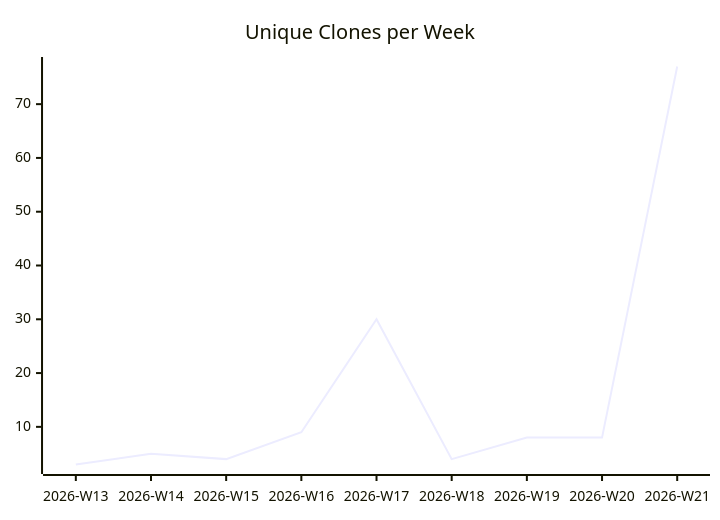
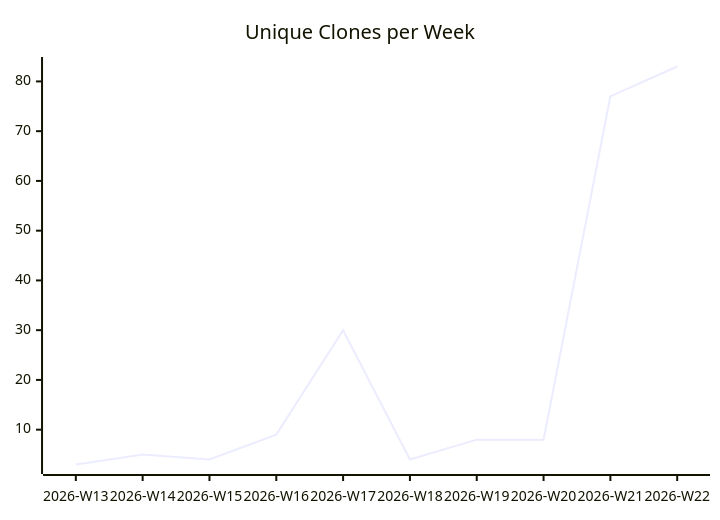
Before and after one commit to justdavis-family/github-analytics-data: the third of 3 diagrams in karlmdavis/dotfiles/README.md, drawn with Mermaid. The commit also changed other lines of this file and 190 other files, not shown here.

````diff
--- a/karlmdavis/dotfiles/README.md
+++ b/karlmdavis/dotfiles/README.md
@@ -19,6 +19,6 @@
 ```mermaid
 xychart-beta
   title "Unique Clones per Week"
-  x-axis ["2026-W13", "2026-W14", "2026-W15", "2026-W16", "2026-W17", "2026-W18", "2026-W19", "2026-W20", "2026-W21"]
-  line [3, 5, 4, 9, 30, 4, 8, 8, 77]
+  x-axis ["2026-W13", "2026-W14", "2026-W15", "2026-W16", "2026-W17", "2026-W18", "2026-W19", "2026-W20", "2026-W21", "2026-W22"]
+  line [3, 5, 4, 9, 30, 4, 8, 8, 77, 83]
 ```
````
